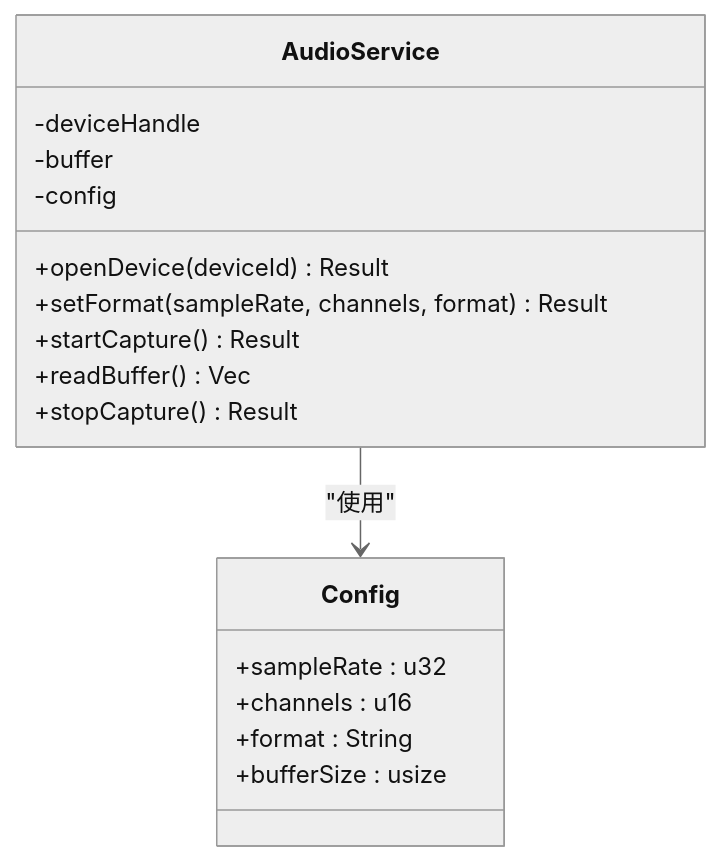
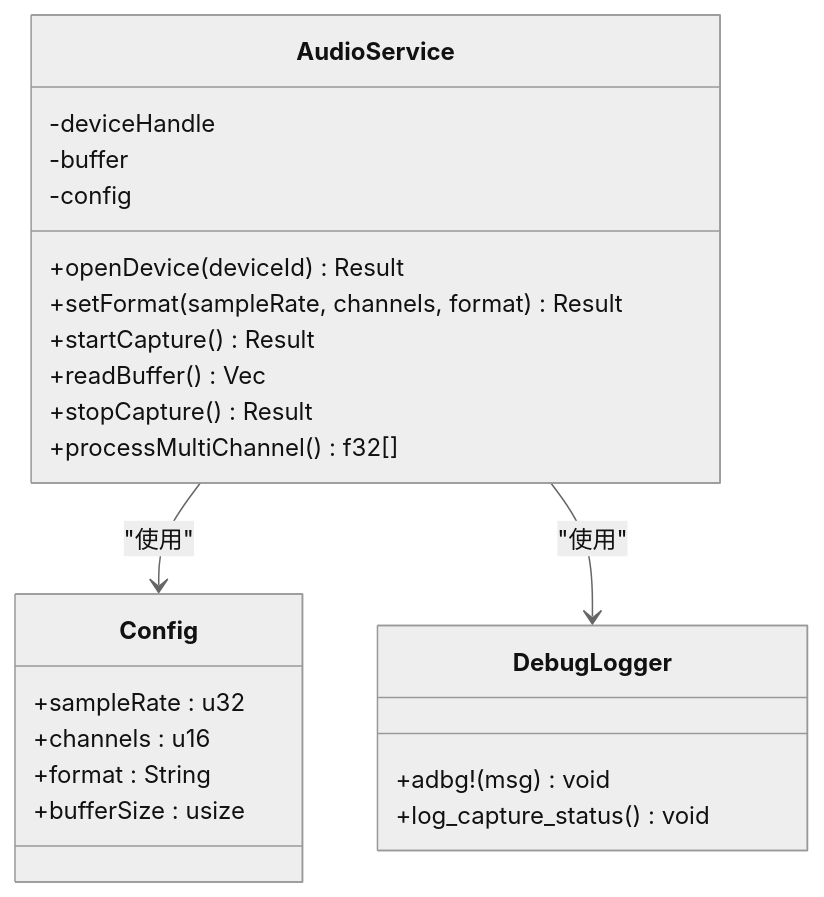
Before and after one commit to Wumiu/Petra: the fourth of 6 diagrams in .qoder/repowiki/zh/content/音频处理系统.md, drawn with Mermaid (neutral theme). The commit also changed other lines of this file and 45 other files, not shown here.

````diff
--- a/.qoder/repowiki/zh/content/音频处理系统.md
+++ b/.qoder/repowiki/zh/content/音频处理系统.md
@@ -160,20 +175,26 @@
 ```mermaid
 classDiagram
 class AudioService {
 +openDevice(deviceId) Result
 +setFormat(sampleRate, channels, format) Result
 +startCapture() Result
 +readBuffer() Vec<u8>
 +stopCapture() Result
 -deviceHandle
 -buffer
 -config
++processMultiChannel() f32[]
 }
 class Config {
 +sampleRate : u32
 +channels : u16
 +format : String
 +bufferSize : usize
 }
+class DebugLogger {
++adbg!(msg) void
++log_capture_status() void
+}
 AudioService --> Config : "使用"
+AudioService --> DebugLogger : "使用"
 ```
````
